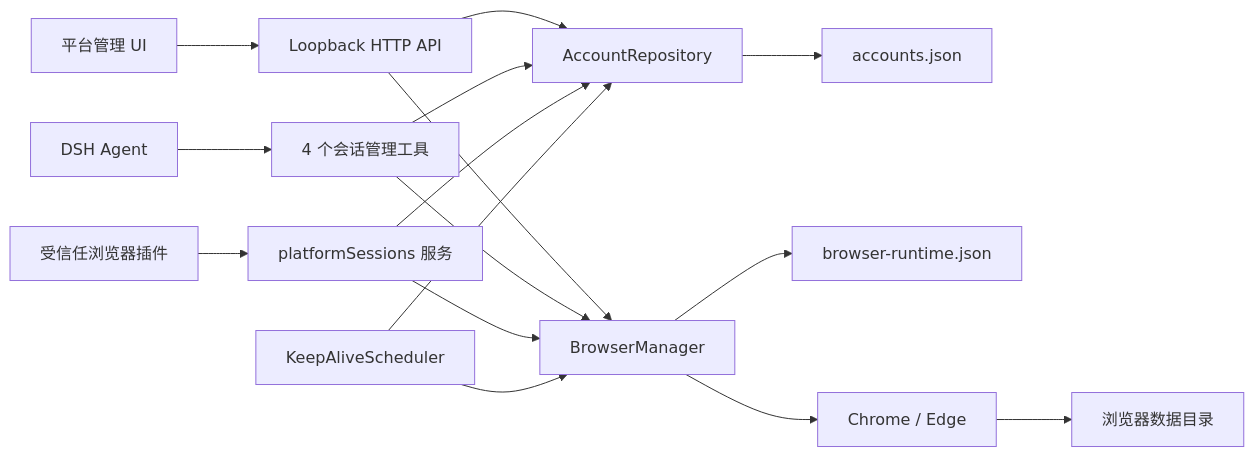
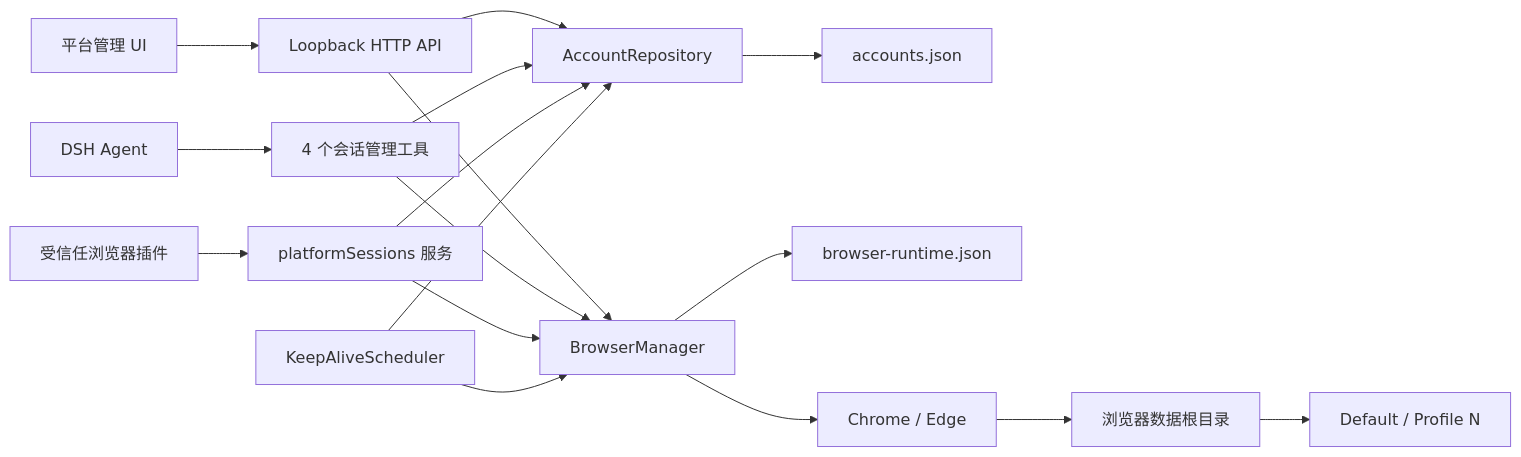
Before and after one commit to sycamorestr/dsh-platform-account-manager-plugin-v2: the diagram in README.md, drawn with Mermaid. The commit also changed other lines of this file and 31 other files, not shown here.

````diff
--- a/README.md
+++ b/README.md
@@ -385,20 +396,21 @@
 ```mermaid
 flowchart LR
   UI[平台管理 UI] --> API[Loopback HTTP API]
   AGENT[DSH Agent] --> TOOLS[4 个会话管理工具]
   AUTOMATION[受信任浏览器插件] --> SERVICE[platformSessions 服务]
 
   API --> REPO[AccountRepository]
   API --> BROWSER[BrowserManager]
   TOOLS --> REPO
   TOOLS --> BROWSER
   SERVICE --> REPO
   SERVICE --> BROWSER
   TIMER[KeepAliveScheduler] --> REPO
   TIMER --> BROWSER
 
   REPO --> META[accounts.json]
   BROWSER --> RUNTIME[browser-runtime.json]
   BROWSER --> CHROMIUM[Chrome / Edge]
-  CHROMIUM --> PROFILE[浏览器数据目录]
+  CHROMIUM --> ROOT[浏览器数据根目录]
+  ROOT --> PROFILE[Default / Profile N]
 ```
````
